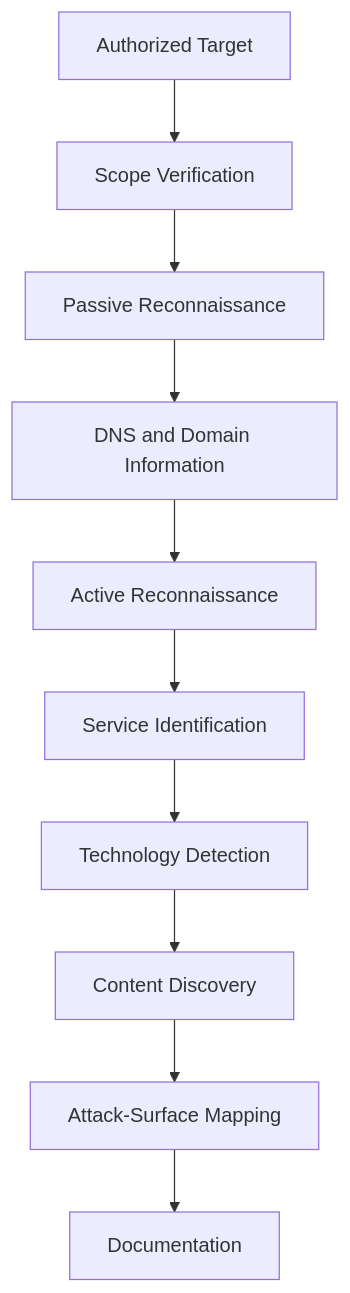
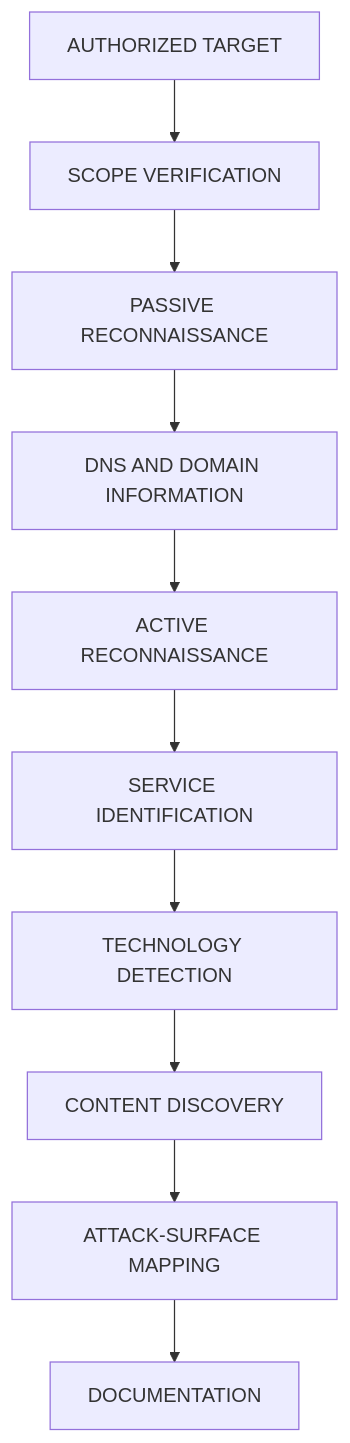
The third of 5 diagrams in README.md (GhostMaskR/Web-Application-Basics), drawn with Mermaid before and after one commit. The commit also changed other lines of this file, not shown here.

````diff
--- a/README.md
+++ b/README.md
@@ -316,12 +311,12 @@
 ```mermaid
 flowchart TD
-    A["Authorized Target"] --> B["Scope Verification"]
-    B --> C["Passive Reconnaissance"]
-    C --> D["DNS and Domain Information"]
-    D --> E["Active Reconnaissance"]
-    E --> F["Service Identification"]
-    F --> G["Technology Detection"]
-    G --> H["Content Discovery"]
-    H --> I["Attack-Surface Mapping"]
-    I --> J["Documentation"]
+    A["AUTHORIZED TARGET"] --> B["SCOPE VERIFICATION"]
+    B --> C["PASSIVE RECONNAISSANCE"]
+    C --> D["DNS AND DOMAIN INFORMATION"]
+    D --> E["ACTIVE RECONNAISSANCE"]
+    E --> F["SERVICE IDENTIFICATION"]
+    F --> G["TECHNOLOGY DETECTION"]
+    G --> H["CONTENT DISCOVERY"]
+    H --> I["ATTACK-SURFACE MAPPING"]
+    I --> J["DOCUMENTATION"]
 ```
````
